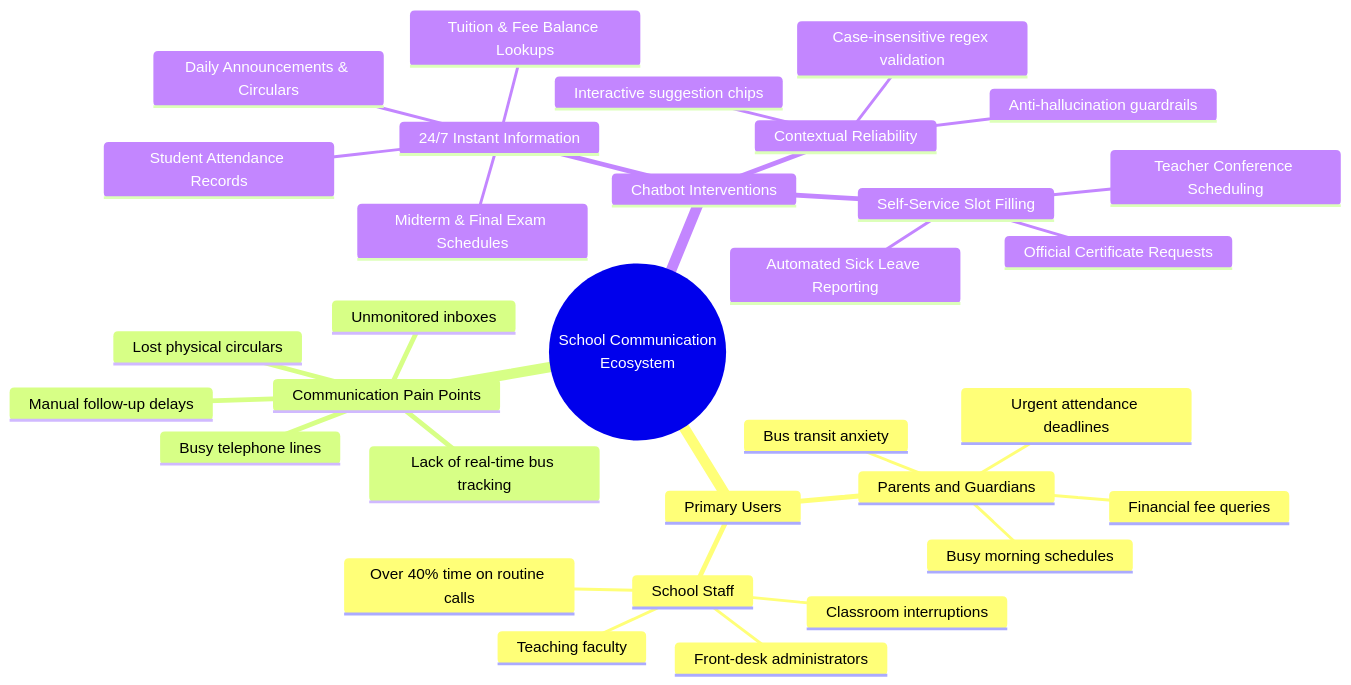
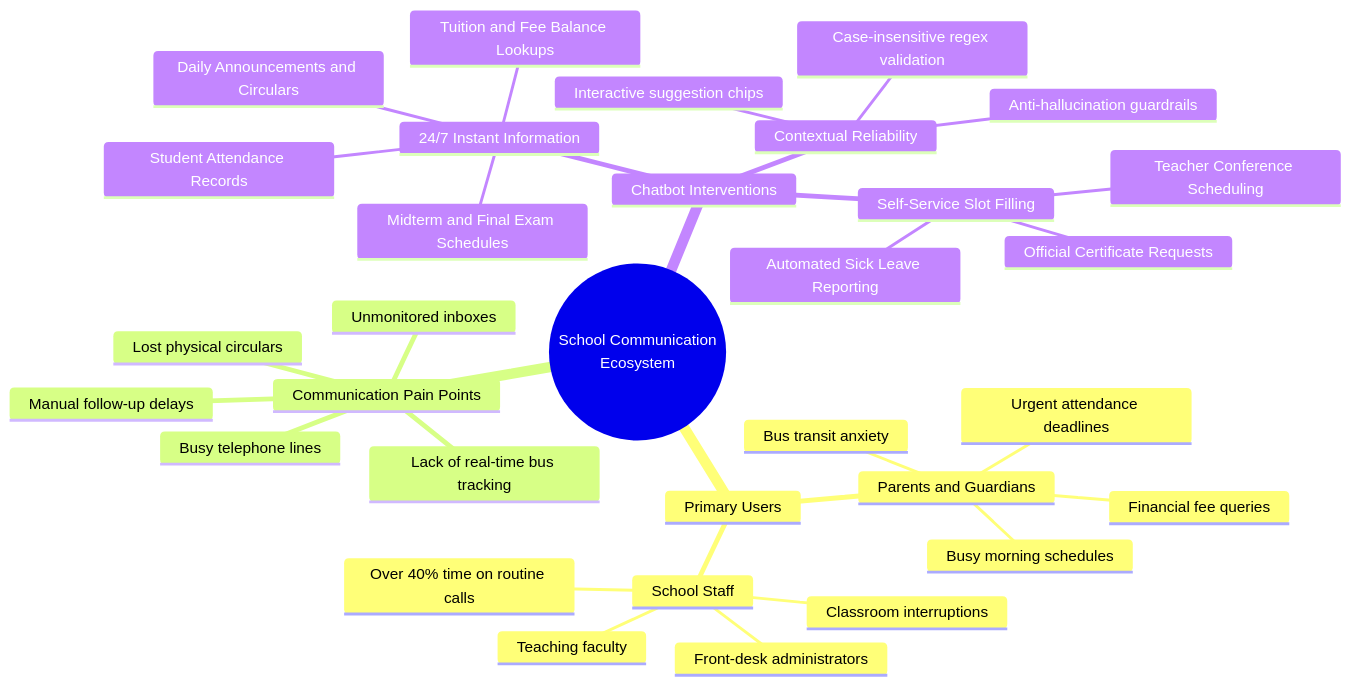
Before and after one commit to parthibcpana/IDAI101-1000544-PARTH-PARVINBHAI-GAJERA-SA: the first of 2 diagrams in README.md, drawn with Mermaid. The commit also changed other lines of this file and 1 other file, not shown here.

````diff
--- a/README.md
+++ b/README.md
@@ -91,36 +75,36 @@
 ```mermaid
 mindmap
   root((School Communication
     Ecosystem))
     Primary Users
       Parents and Guardians
         Busy morning schedules
         Urgent attendance deadlines
         Financial fee queries
         Bus transit anxiety
       School Staff
         Front-desk administrators
         Over 40% time on routine calls
         Teaching faculty
         Classroom interruptions
     Communication Pain Points
       Busy telephone lines
       Unmonitored inboxes
       Lost physical circulars
       Lack of real-time bus tracking
       Manual follow-up delays
     Chatbot Interventions
       24/7 Instant Information
         Student Attendance Records
-        Midterm & Final Exam Schedules
-        Tuition & Fee Balance Lookups
-        Daily Announcements & Circulars
+        Midterm and Final Exam Schedules
+        Tuition and Fee Balance Lookups
+        Daily Announcements and Circulars
       Self-Service Slot Filling
         Automated Sick Leave Reporting
         Teacher Conference Scheduling
         Official Certificate Requests
       Contextual Reliability
         Case-insensitive regex validation
         Interactive suggestion chips
         Anti-hallucination guardrails
 ```
````
